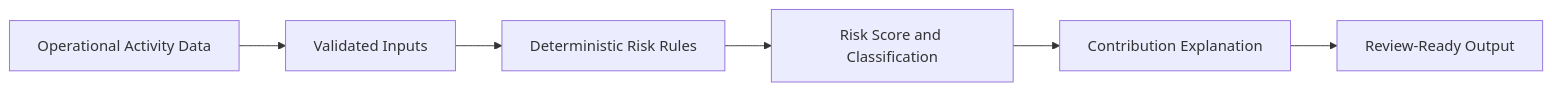
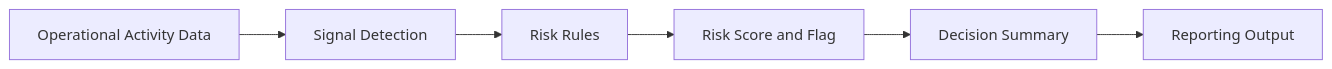
One commit to arni1596/operational-risk-intelligence changed the diagram in README.md. Above: the diagram before and after it, drawn with Mermaid. The commit also changed other lines of this file and 13 other files, not shown here.

First line of the commit message:
Phase 2: executable operational risk evaluation pipeline (#1)

````diff
--- a/README.md
+++ b/README.md
@@ -47,8 +31,8 @@
 ```mermaid
-flowchart LR
-    A["Operational Activity Data"] --> B["Validated Inputs"]
-    B --> C["Deterministic Risk Rules"]
-    C --> D["Risk Score and Classification"]
-    D --> E["Contribution Explanation"]
-    E --> F["Review-Ready Output"]
+graph LR;
+    A[Operational Activity Data] --> B[Signal Detection];
+    B --> C[Risk Rules];
+    C --> D[Risk Score and Flag];
+    D --> E[Decision Summary];
+    E --> F[Reporting Output];
 ```
````
